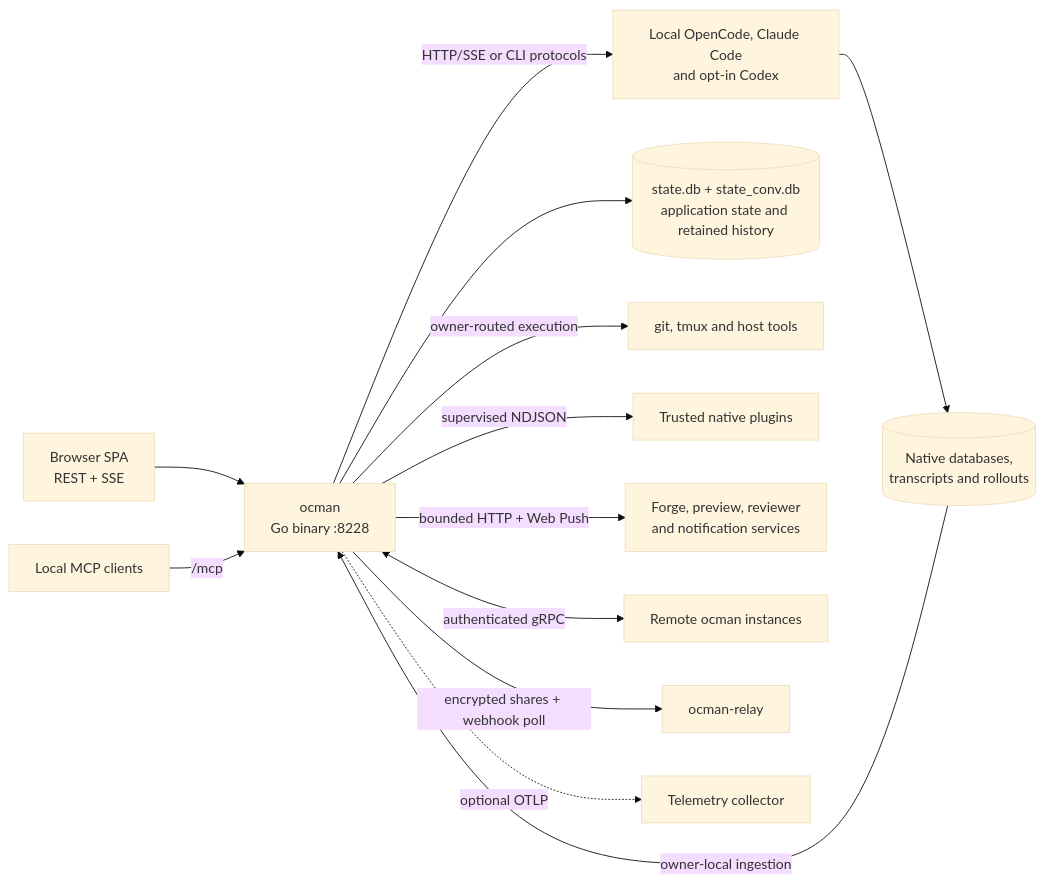
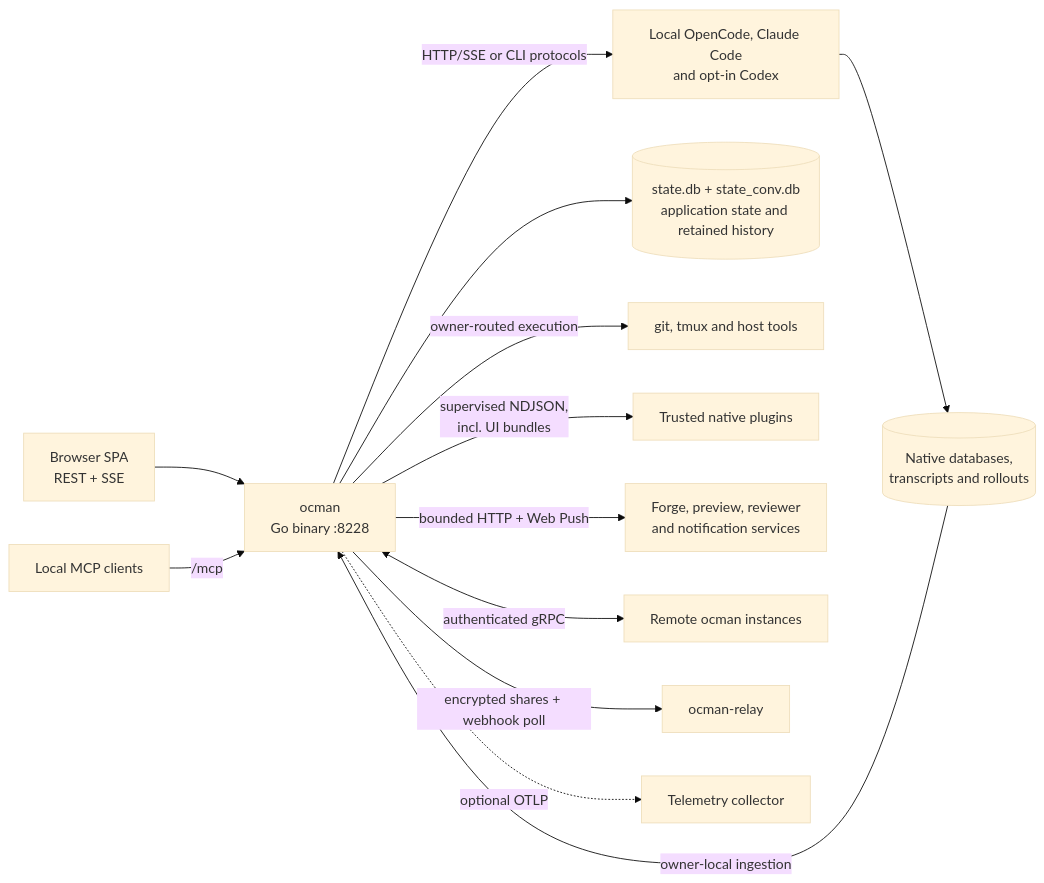
The third of 17 diagrams in docs/other/architecture.md (ocman/ocman), drawn with Mermaid (base theme) before and after one commit. The commit also changed other lines of this file and 77 other files, not shown here.

````diff
--- a/docs/other/architecture.md
+++ b/docs/other/architecture.md
@@ -94,15 +94,15 @@
 ```mermaid
 flowchart LR
     Browser[Browser SPA<br/>REST + SSE] --> Ocman[ocman<br/>Go binary :8228]
     Agent[Local MCP clients] -->|/mcp| Ocman
     Ocman -->|HTTP/SSE or CLI protocols| Platforms[Local OpenCode, Claude Code<br/>and opt-in Codex]
     Platforms --> Native[(Native databases,<br/>transcripts and rollouts)]
     Native -->|owner-local ingestion| Ocman
     Ocman --> Stores[(state.db + state_conv.db<br/>application state and retained history)]
     Ocman -->|owner-routed execution| Tools[git, tmux and host tools]
-    Ocman -->|supervised NDJSON| Plugins[Trusted native plugins]
+    Ocman -->|supervised NDJSON,<br/>incl. UI bundles| Plugins[Trusted native plugins]
     Ocman -->|bounded HTTP + Web Push| Services[Forge, preview, reviewer<br/>and notification services]
     Ocman <-->|authenticated gRPC| Remotes[Remote ocman instances]
     Ocman -->|encrypted shares + webhook poll| Relay[ocman-relay]
     Ocman -.->|optional OTLP| Otel[Telemetry collector]
 ```
````
